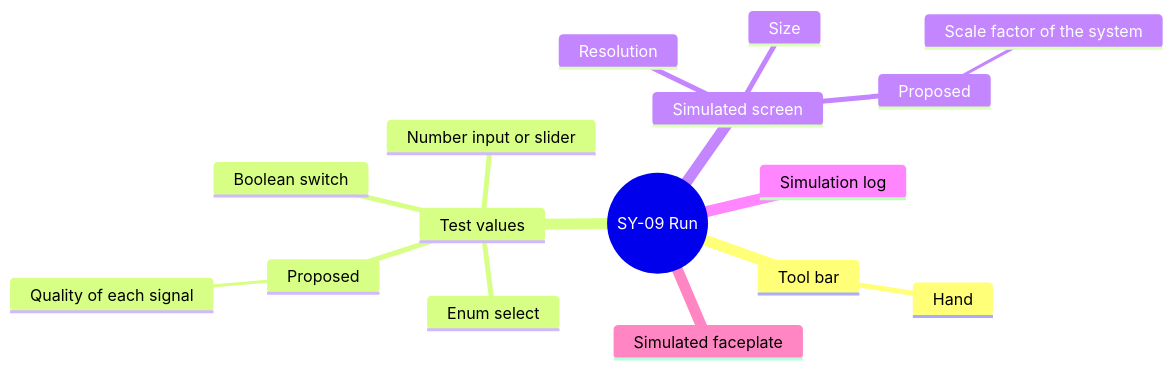
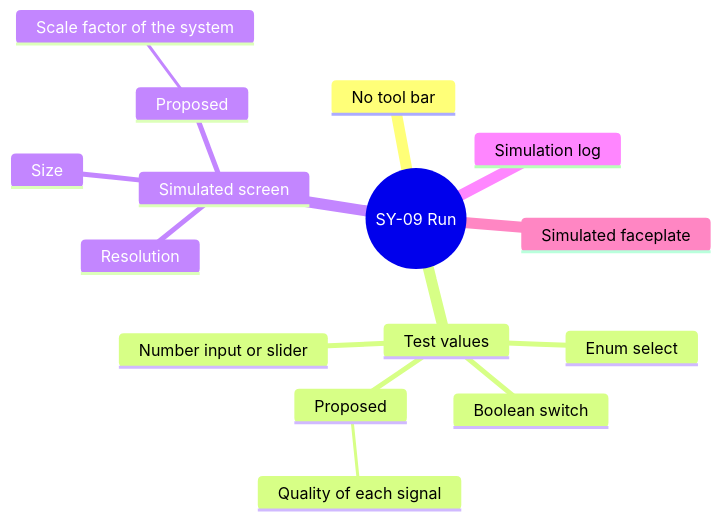
Diagram 11 of 16 in screens/symbols.md (AlexandreGallais/synoptic-studio-spec), drawn with Mermaid before and after one commit. The commit also changed other lines of this file and 32 other files, not shown here.

````diff
--- a/screens/symbols.md
+++ b/screens/symbols.md
@@ -507,19 +507,18 @@
 ```mermaid
 mindmap
   root((SY-09 Run))
-    Tool bar
-      Hand
+    No tool bar
     Test values
       Number input or slider
       Enum select
       Boolean switch
       Proposed
         Quality of each signal
     Simulated screen
       Size
       Resolution
       Proposed
         Scale factor of the system
     Simulation log
     Simulated faceplate
 ```
````
